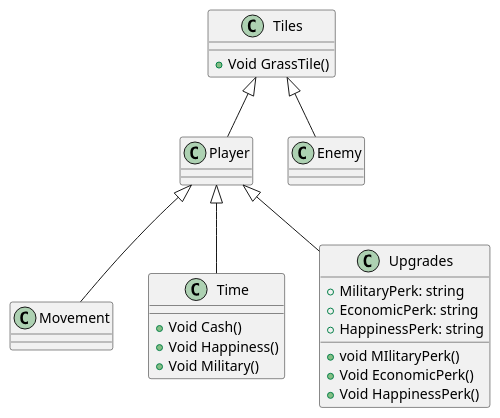
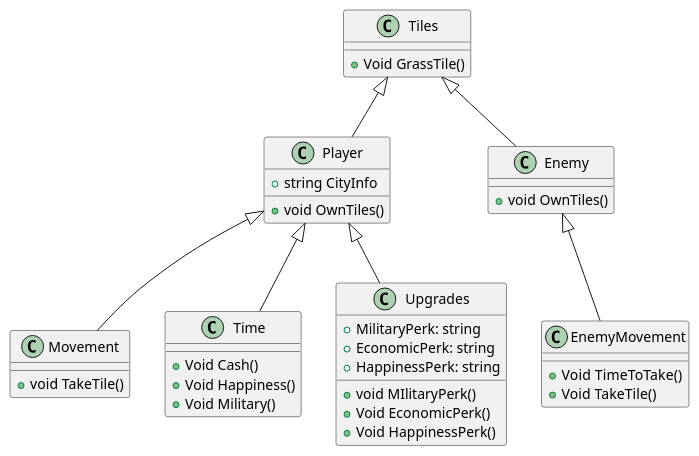
The diagram in Game.puml (Hamsterbil/Exam-Game), drawn with PlantUML before and after one commit.

Commit message:
Plantuml

```diff
--- a/Game.puml
+++ b/Game.puml
@@ -1,48 +1,57 @@
 @startuml
 
-
-class Player
-{
-    
-}
 
 Player <|-- Movement
 Player <|-- Time
 Player <|-- Upgrades
+Enemy <|-- EnemyMovement
+Tiles <|-- Player
 Tiles <|-- Enemy
-Tiles <|-- Player
+
+class Player
+{
+    +void OwnTiles()
+    +string CityInfo
+}
 
 Class Movement
 {
+    +void TakeTile()
+}
+
+Class EnemyMovement
+{
+  +Void TimeToTake()
+   +Void TakeTile()
 
 }
 
 class Upgrades
 {
     +MilitaryPerk: string
     +EconomicPerk: string
     +HappinessPerk: string
     
     +void MIlitaryPerk()
     +Void EconomicPerk()
     +Void HappinessPerk()
 }
 
 class Enemy
 {
-
+    +void OwnTiles()
 }
 
 class Tiles
 {
     +Void GrassTile()
 }
 
 Class Time
 {
     +Void Cash()
     +Void Happiness()
     +Void Military()
 }
 
 @enduml
```
